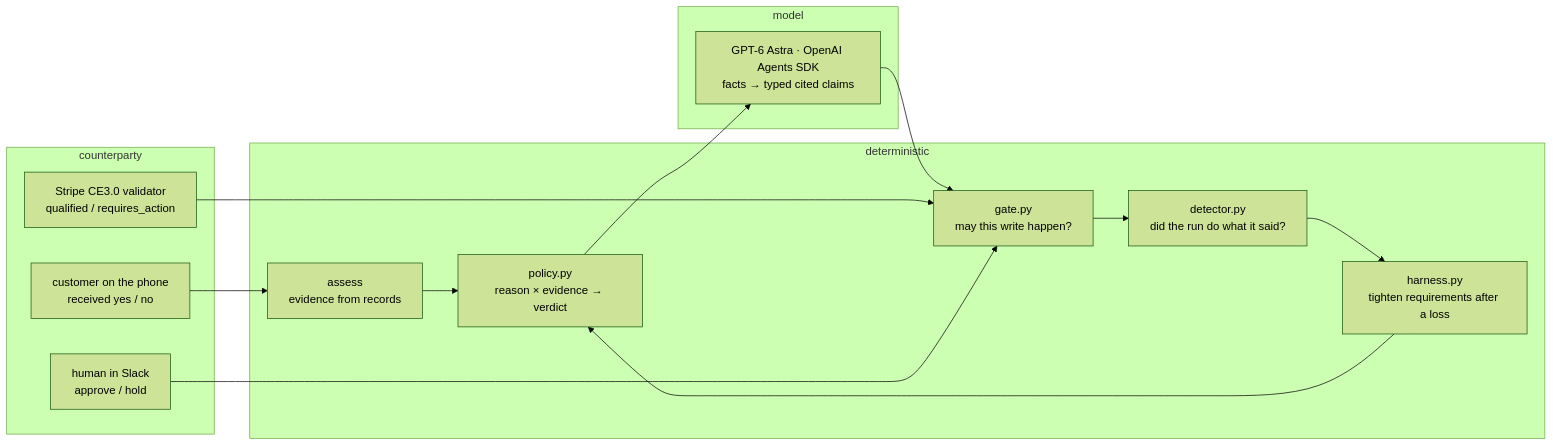
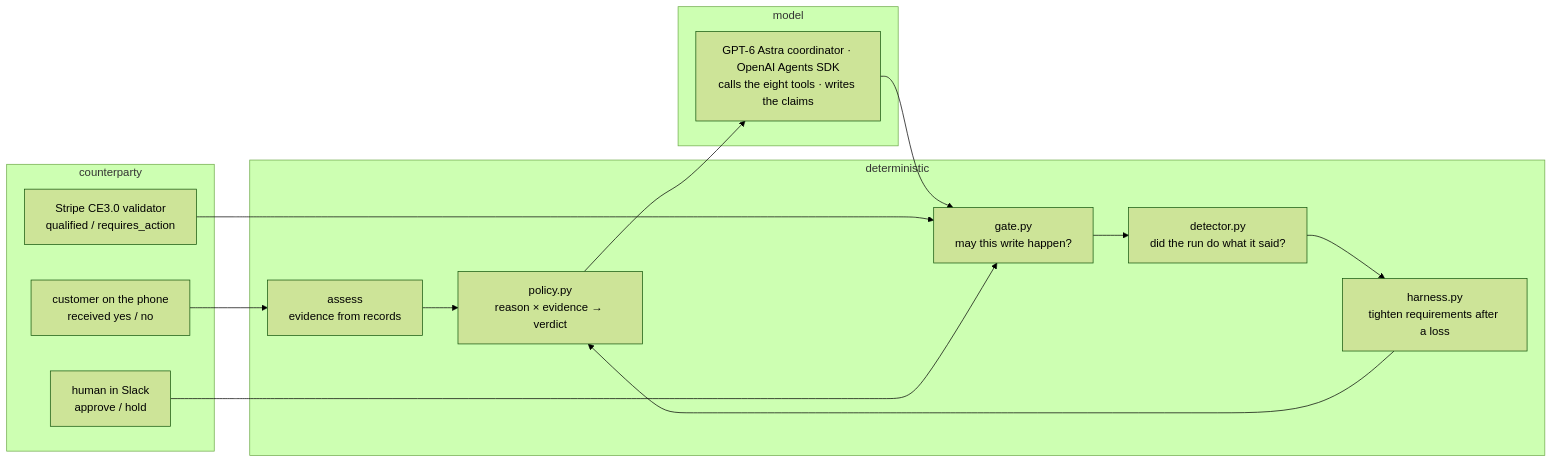
Before and after one commit to N-45div/Rebuttal: the third of 4 diagrams in ARCHITECTURE.md, drawn with Mermaid (forest theme). The commit also changed other lines of this file and 2 other files, not shown here.

Commit message:
docs: the coordinator is GPT-6 Astra on the OpenAI Agents SDK with eight gated tools

````diff
--- a/ARCHITECTURE.md
+++ b/ARCHITECTURE.md
@@ -73,23 +73,23 @@
 ```mermaid
 flowchart LR
     subgraph deterministic
         P[policy.py<br/>reason × evidence → verdict]
         AS[assess<br/>evidence from records]
         GT[gate.py<br/>may this write happen?]
         DT[detector.py<br/>did the run do what it said?]
         HS[harness.py<br/>tighten requirements after a loss]
     end
     subgraph model
-        M[GPT-6 Astra · OpenAI Agents SDK<br/>facts → typed cited claims]
+        M[GPT-6 Astra coordinator · OpenAI Agents SDK<br/>calls the eight tools · writes the claims]
     end
     subgraph counterparty
         CE[Stripe CE3.0 validator<br/>qualified / requires_action]
         CU[customer on the phone<br/>received yes / no]
         HU[human in Slack<br/>approve / hold]
     end
     AS --> P --> M --> GT
     CE --> GT
     CU --> AS
     HU --> GT
     GT --> DT --> HS --> P
 ```
````
